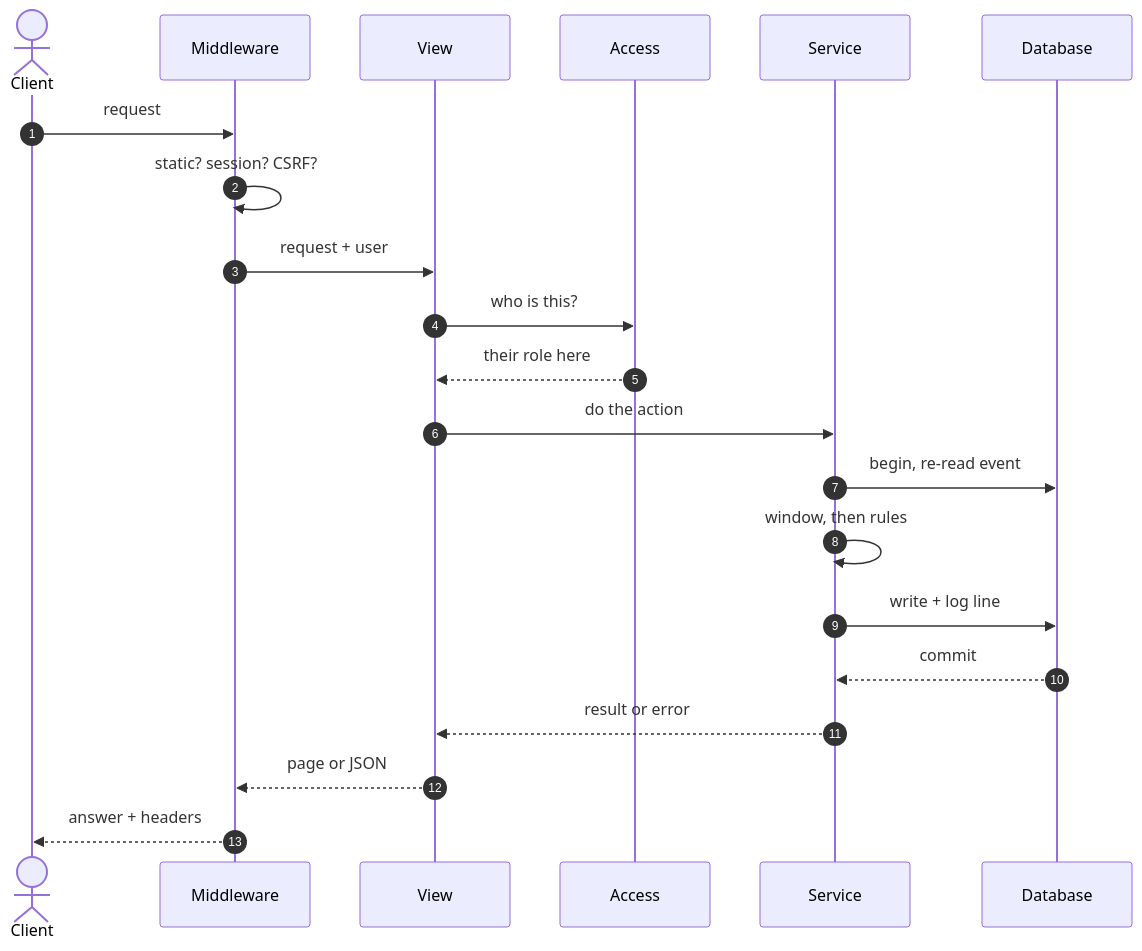
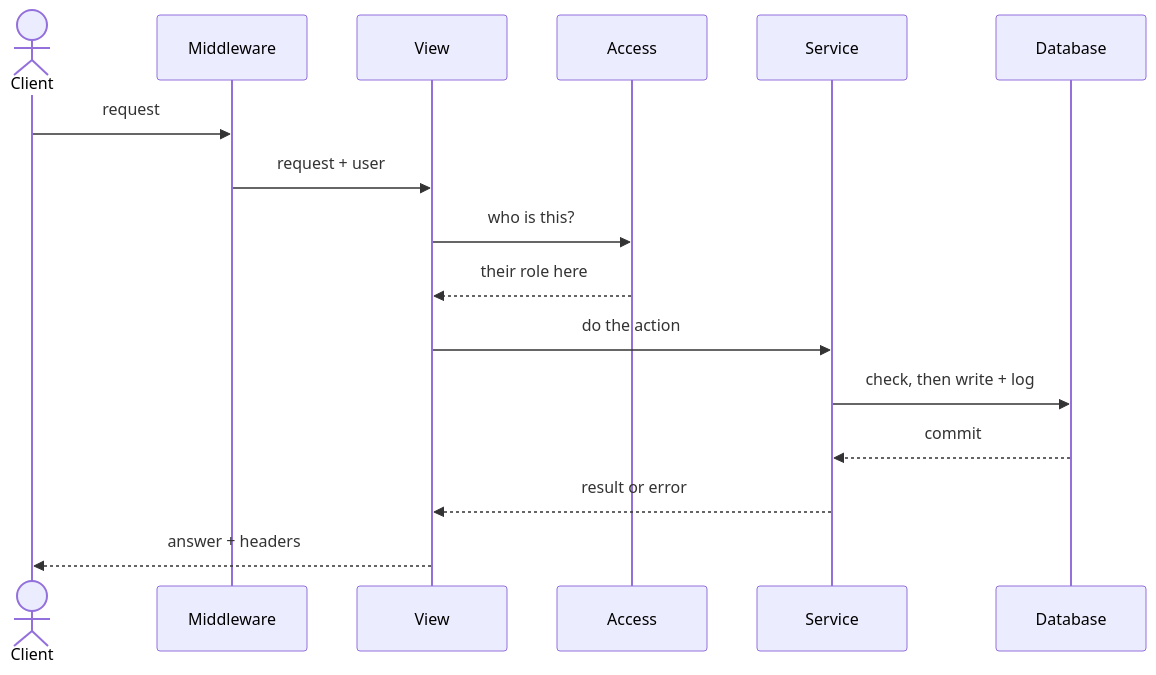
Before and after one commit to manusingh090/Shipshape: the fifth of 19 diagrams in ARCHITECTURE.md, drawn with Mermaid. The commit also changed other lines of this file and 2 other files, not shown here.

Commit message:
Update files: shorter README, compact diagrams

````diff
--- a/ARCHITECTURE.md
+++ b/ARCHITECTURE.md
@@ -195,23 +194,18 @@
 ```mermaid
 sequenceDiagram
-    autonumber
     actor B as Client
     participant M as Middleware
     participant V as View
     participant A as Access
     participant S as Service
     participant D as Database
     B->>M: request
-    M->>M: static? session? CSRF?
     M->>V: request + user
     V->>A: who is this?
     A-->>V: their role here
     V->>S: do the action
-    S->>D: begin, re-read event
-    S->>S: window, then rules
-    S->>D: write + log line
+    S->>D: check, then write + log
     D-->>S: commit
     S-->>V: result or error
-    V-->>M: page or JSON
-    M-->>B: answer + headers
+    V-->>B: answer + headers
 ```
````
